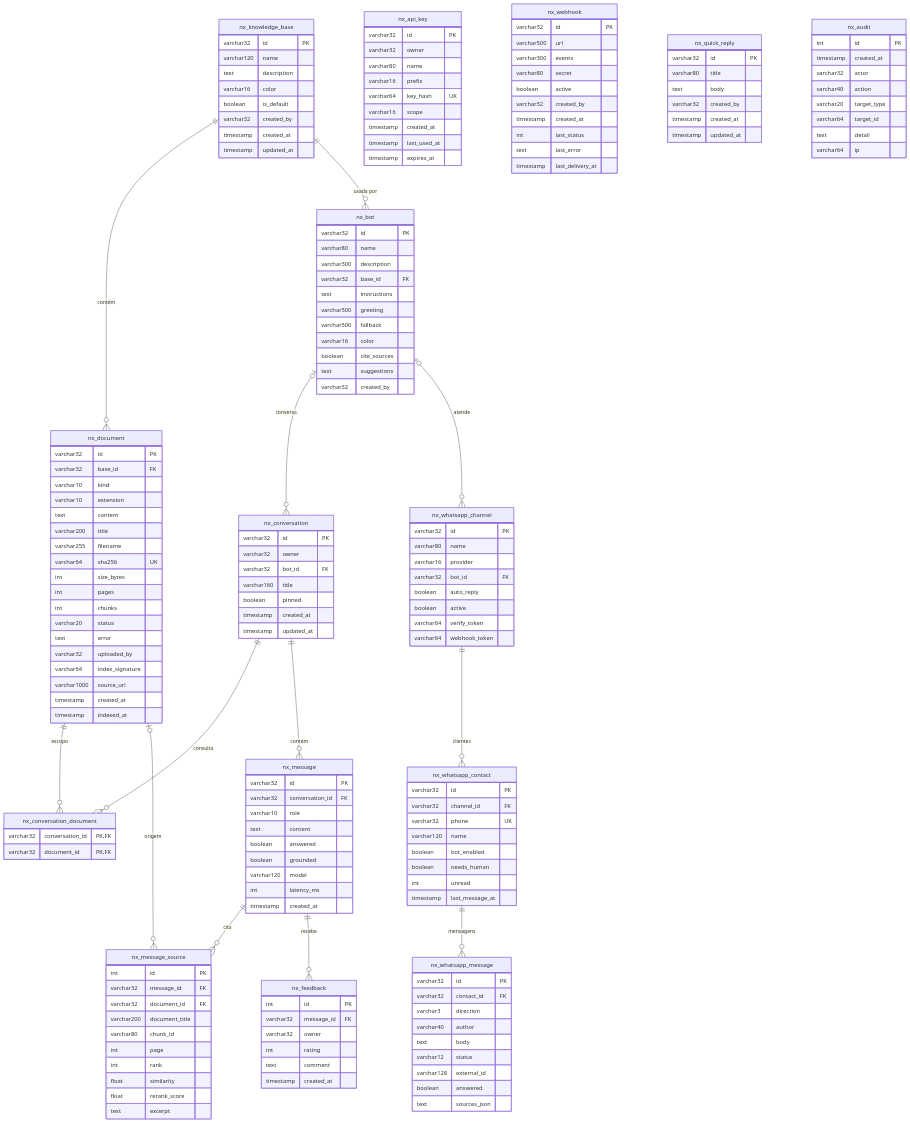
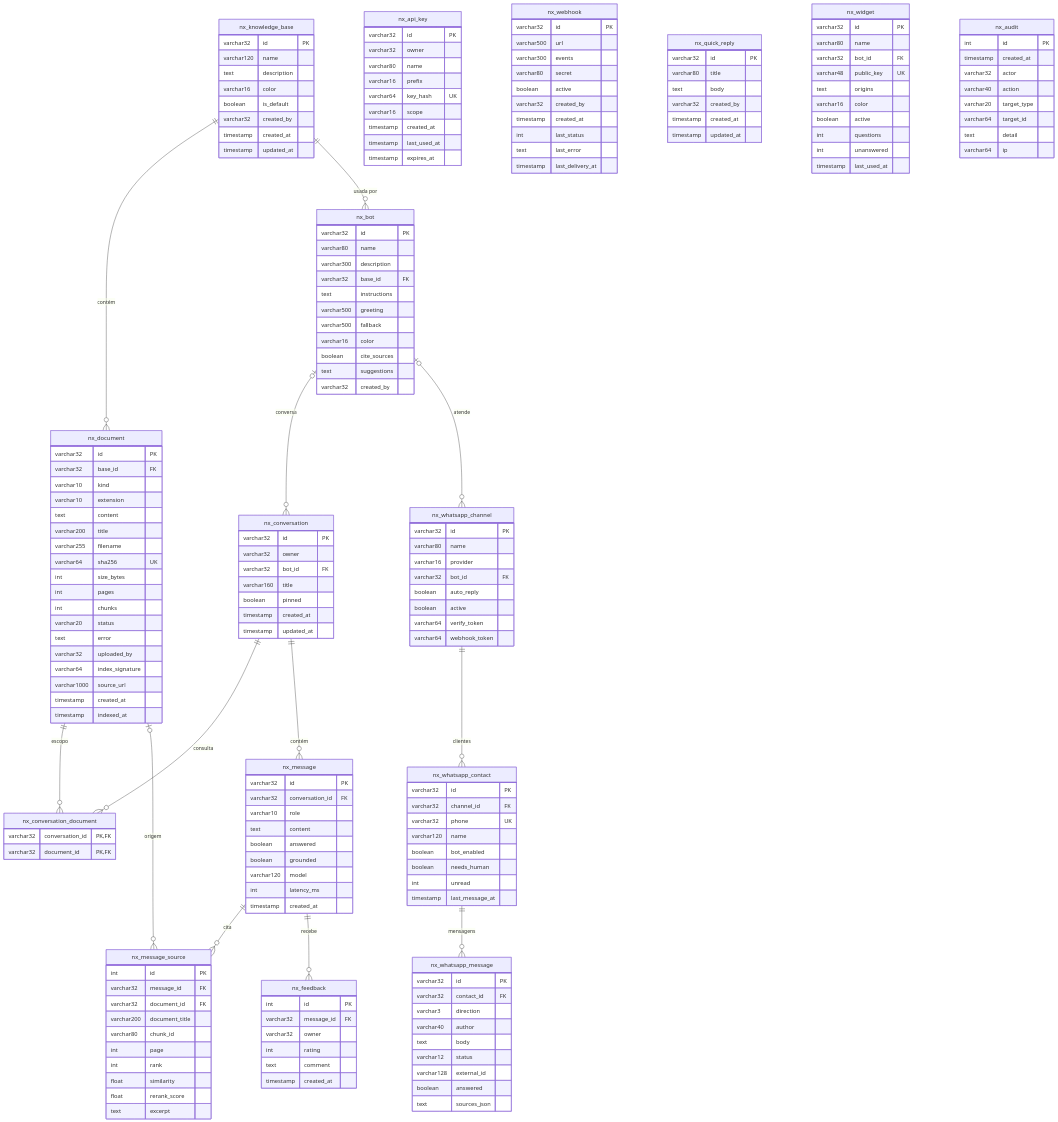
The diagram in docs/banco-de-dados.md (ravelroot/Retrieval-Augmented-QA-System), drawn with Mermaid before and after one commit. The commit also changed other lines of this file and 73 other files, not shown here.

```diff
--- a/docs/banco-de-dados.md
+++ b/docs/banco-de-dados.md
@@ -176,6 +176,18 @@
         timestamp created_at
         timestamp updated_at
     }
+    nx_widget {
+        varchar32 id PK
+        varchar80 name
+        varchar32 bot_id FK
+        varchar48 public_key UK
+        text origins
+        varchar16 color
+        boolean active
+        int questions
+        int unanswered
+        timestamp last_used_at
+    }
     nx_audit {
         int id PK
         timestamp created_at
```
